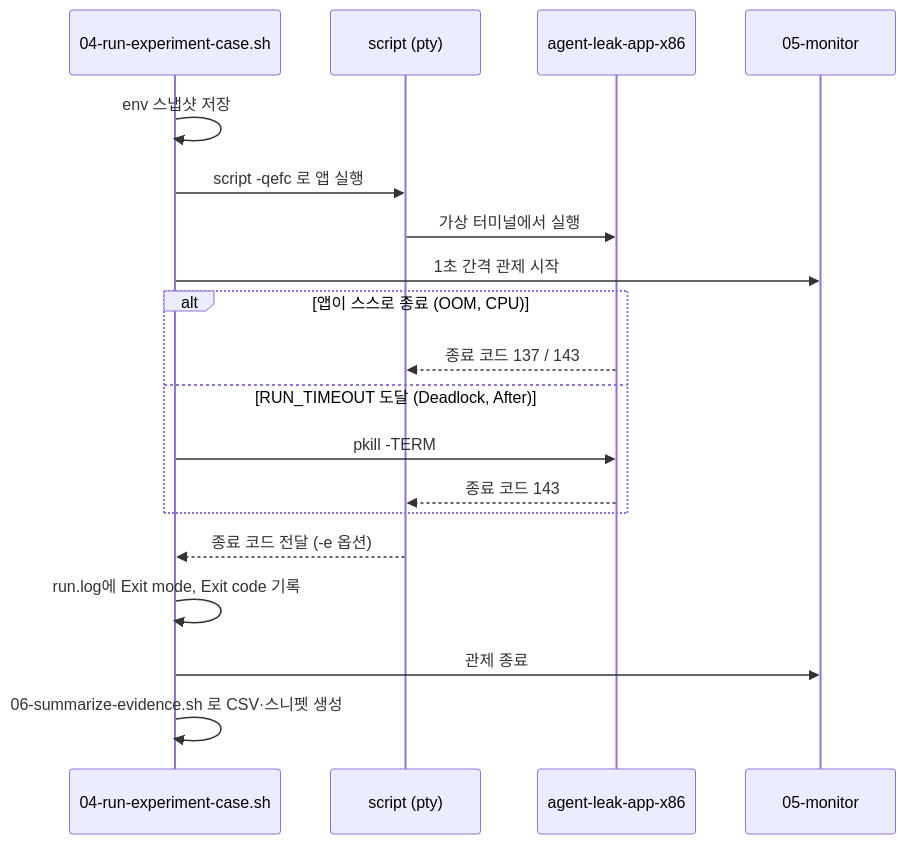
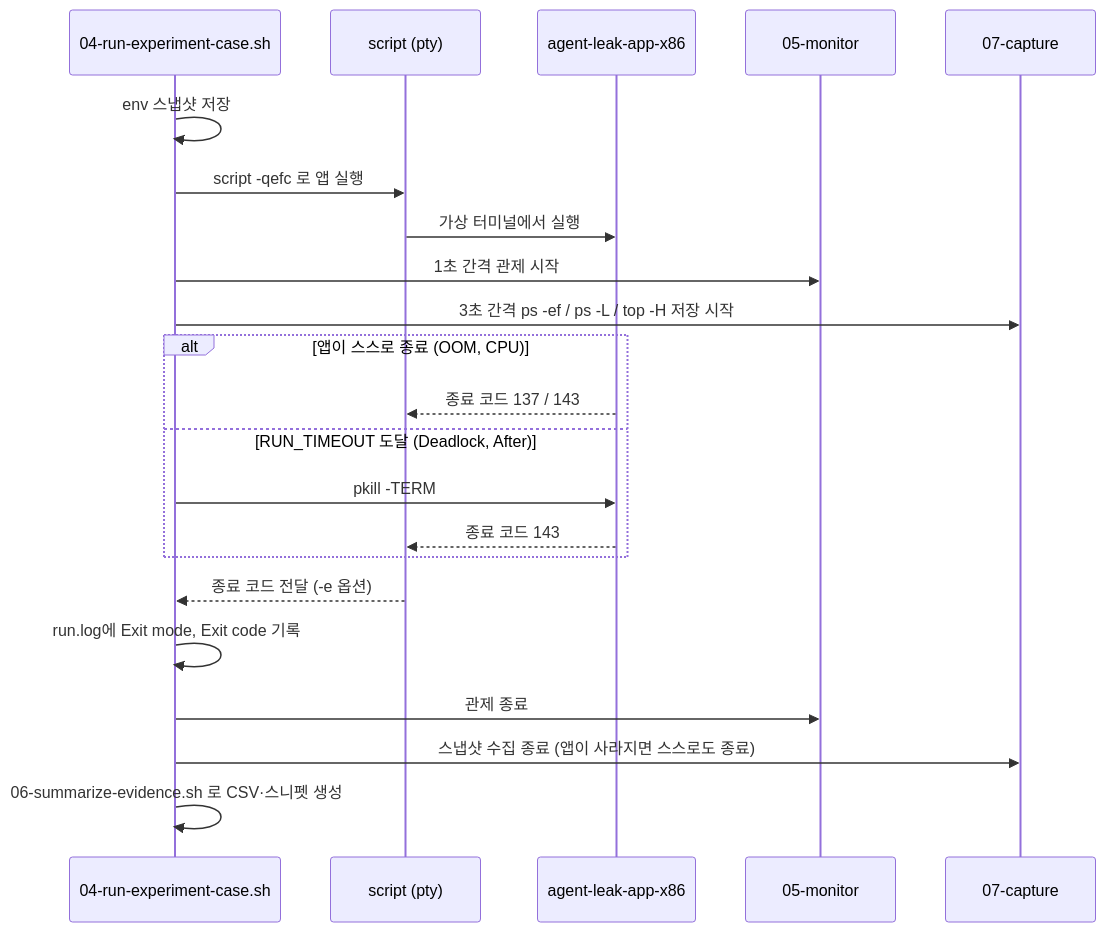
Before and after one commit to 0802222/Codyssey-B1-2: the second of 2 diagrams in docs/03-scripts.md, drawn with Mermaid. The commit also changed other lines of this file and 59 other files, not shown here.

````diff
--- a/docs/03-scripts.md
+++ b/docs/03-scripts.md
@@ -72,21 +76,24 @@
 ```mermaid
 sequenceDiagram
     participant Run as 04-run-experiment-case.sh
     participant Pty as script (pty)
     participant App as agent-leak-app-x86
     participant Mon as 05-monitor
+    participant Sys as 07-capture
     Run->>Run: env 스냅샷 저장
     Run->>Pty: script -qefc 로 앱 실행
     Pty->>App: 가상 터미널에서 실행
     Run->>Mon: 1초 간격 관제 시작
+    Run->>Sys: 3초 간격 ps -ef / ps -L / top -H 저장 시작
     alt 앱이 스스로 종료 (OOM, CPU)
         App-->>Pty: 종료 코드 137 / 143
     else RUN_TIMEOUT 도달 (Deadlock, After)
         Run->>App: pkill -TERM
         App-->>Pty: 종료 코드 143
     end
     Pty-->>Run: 종료 코드 전달 (-e 옵션)
     Run->>Run: run.log에 Exit mode, Exit code 기록
     Run->>Mon: 관제 종료
+    Run->>Sys: 스냅샷 수집 종료 (앱이 사라지면 스스로도 종료)
     Run->>Run: 06-summarize-evidence.sh 로 CSV·스니펫 생성
 ```
````
